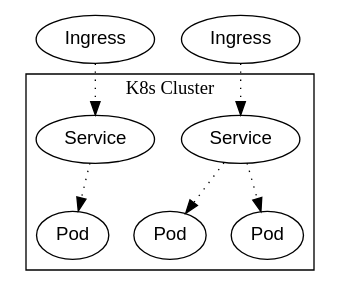
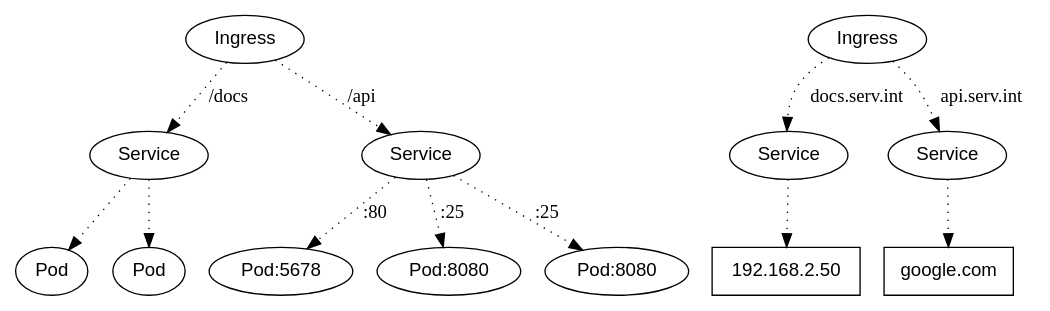
Before and after one commit to Timoses/Containerization: the diagram in graphics/k8s_ingress.gv, drawn with Graphviz. The commit also changed 5 other files, not shown here.

Commit message:
todo: overlya->cni | svc_ingress

```diff
--- a/graphics/k8s_ingress.gv
+++ b/graphics/k8s_ingress.gv
@@ -1,24 +1,40 @@
 digraph kubernetes {
     node [fontname=helvetica];
 
     edge [style=dotted arrowType="open"];
 
-    Ingress1 [label="Ingress"];
-    Ingress2 [label="Ingress"];
+    Ingress1 [id="ingress1" label="Ingress"];
+    Ingress2 [id="ingress2" label="Ingress"];
 
     subgraph cluster_sv1 {
         label="K8s Cluster"
+    }
+
+    {
+        rank=same;
         Service1 [label="Service"];
         Service2 [label="Service"];
-
-        Pod1 [label="Pod"];
-        Pod2 [label="Pod"];
-        Pod3 [label="Pod"];
-
-        Service1 -> Pod1;
-        Service2 -> {Pod2,Pod3};
+        Service3 [label="Service"];
+        Service4 [label="Service"];
     }
 
-    Ingress1 -> Service1;
-    Ingress2 -> Service2;
+    Ip1 [shape=rect label="192.168.2.50"];
+    Domain1 [shape=rect label="google.com"];
+    Pod1 [label="Pod"];
+    Pod2 [label="Pod"];
+    Pod3 [label="Pod:5678"];
+    Pod4 [label="Pod:8080"];
+    Pod5 [label="Pod:8080"];
+
+    Service1 -> {Pod1,Pod2} [id="edge_svc1_pod1"];
+    Service2 -> Pod3 [id="edge_svc2_pod23" label=":80"];
+    Service2 -> {Pod4,Pod5} [id="edge_svc2_pod23" label=":25"];
+    Service3 -> Ip1 [id="edge_svc3_ip1"];
+    Service4 -> Domain1 [id="edge_svc4_domain1"];
+
+    Ingress1 -> Service1 [id="edge_ingress1_svc1" label="/docs"];
+    Ingress1 -> Service2 [id="edge_ingress1_svc2" label="/api"];
+
+    Ingress2 -> Service3 [id="edge_ingress2_svc3" label="docs.serv.int"];
+    Ingress2 -> Service4 [id="edge_ingress2_svc3" label="api.serv.int"];
 }
```
